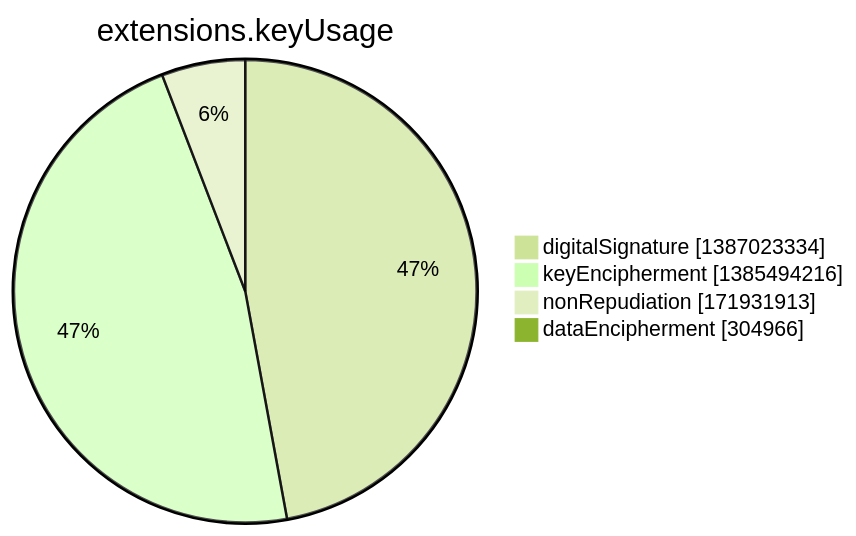
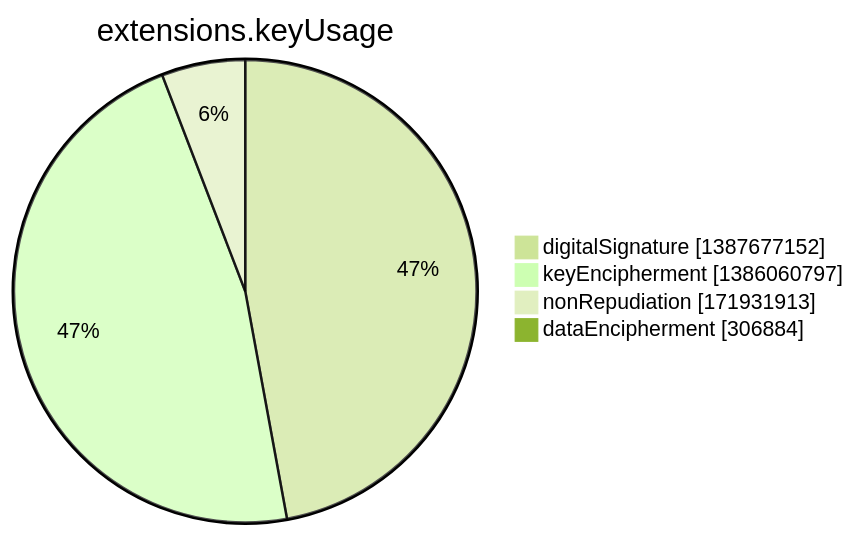
Before and after one commit to christiankrug/ctmonitor_visualization: the seventh of 15 diagrams in argon2022/README.md, drawn with Mermaid (forest theme). The commit also changed other lines of this file, not shown here.

````diff
--- a/argon2022/README.md
+++ b/argon2022/README.md
@@ -2751,8 +2751,8 @@
 ```mermaid
 pie showData
 title extensions.keyUsage
-"digitalSignature" :1387023334
-"keyEncipherment" :1385494216
+"digitalSignature" :1387677152
+"keyEncipherment" :1386060797
 "nonRepudiation" :171931913
-"dataEncipherment" :304966
+"dataEncipherment" :306884
 ```
````
